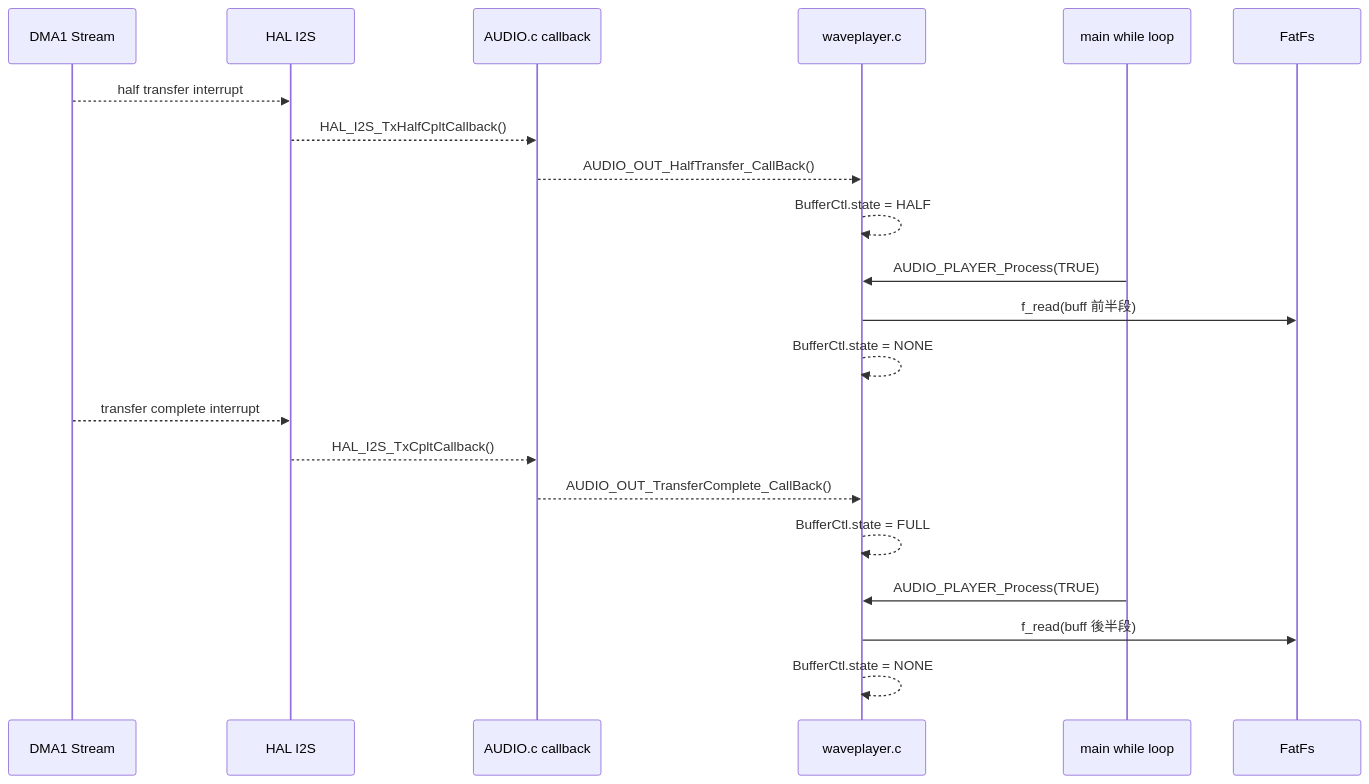
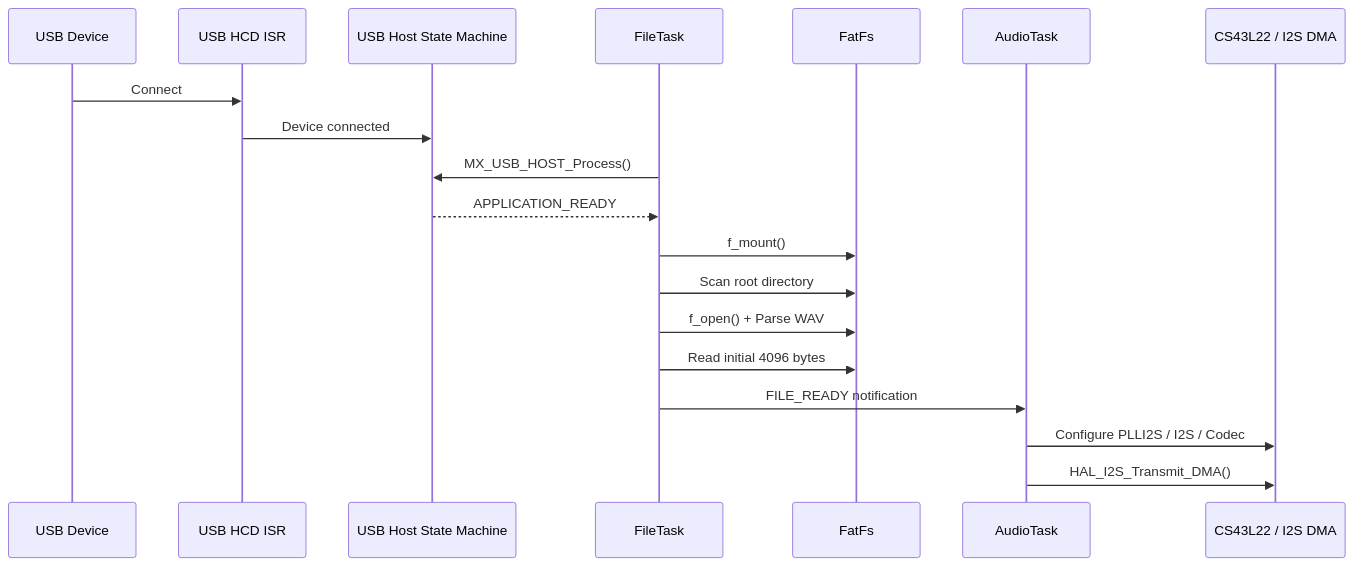
The fourth of 13 diagrams in USB_MP3/graph_mp3.md (JiaChangGit/Embedded-operating-systems-NCKU), drawn with Mermaid before and after one commit. The commit also changed other lines of this file and 72 other files, not shown here.

````diff
--- a/USB_MP3/graph_mp3.md
+++ b/USB_MP3/graph_mp3.md
@@ -237,25 +112,22 @@
 ```mermaid
 sequenceDiagram
-    participant DMA as DMA1 Stream
-    participant HAL as HAL I2S
-    participant Audio as AUDIO.c callback
-    participant Wave as waveplayer.c
-    participant Main as main while loop
-    participant Fat as FatFs
+    participant USB as USB Device
+    participant HCD as USB HCD ISR
+    participant Host as USB Host State Machine
+    participant File as FileTask
+    participant FatFs
+    participant Audio as AudioTask
+    participant Codec as CS43L22 / I2S DMA
 
-    DMA-->>HAL: half transfer interrupt
-    HAL-->>Audio: HAL_I2S_TxHalfCpltCallback()
-    Audio-->>Wave: AUDIO_OUT_HalfTransfer_CallBack()
-    Wave-->>Wave: BufferCtl.state = HALF
-    Main->>Wave: AUDIO_PLAYER_Process(TRUE)
-    Wave->>Fat: f_read(buff 前半段)
-    Wave-->>Wave: BufferCtl.state = NONE
-
-    DMA-->>HAL: transfer complete interrupt
-    HAL-->>Audio: HAL_I2S_TxCpltCallback()
-    Audio-->>Wave: AUDIO_OUT_TransferComplete_CallBack()
-    Wave-->>Wave: BufferCtl.state = FULL
-    Main->>Wave: AUDIO_PLAYER_Process(TRUE)
-    Wave->>Fat: f_read(buff 後半段)
-    Wave-->>Wave: BufferCtl.state = NONE
+    USB->>HCD: Connect
+    HCD->>Host: Device connected
+    File->>Host: MX_USB_HOST_Process()
+    Host-->>File: APPLICATION_READY
+    File->>FatFs: f_mount()
+    File->>FatFs: Scan root directory
+    File->>FatFs: f_open() + Parse WAV
+    File->>FatFs: Read initial 4096 bytes
+    File->>Audio: FILE_READY notification
+    Audio->>Codec: Configure PLLI2S / I2S / Codec
+    Audio->>Codec: HAL_I2S_Transmit_DMA()
 ```
````
